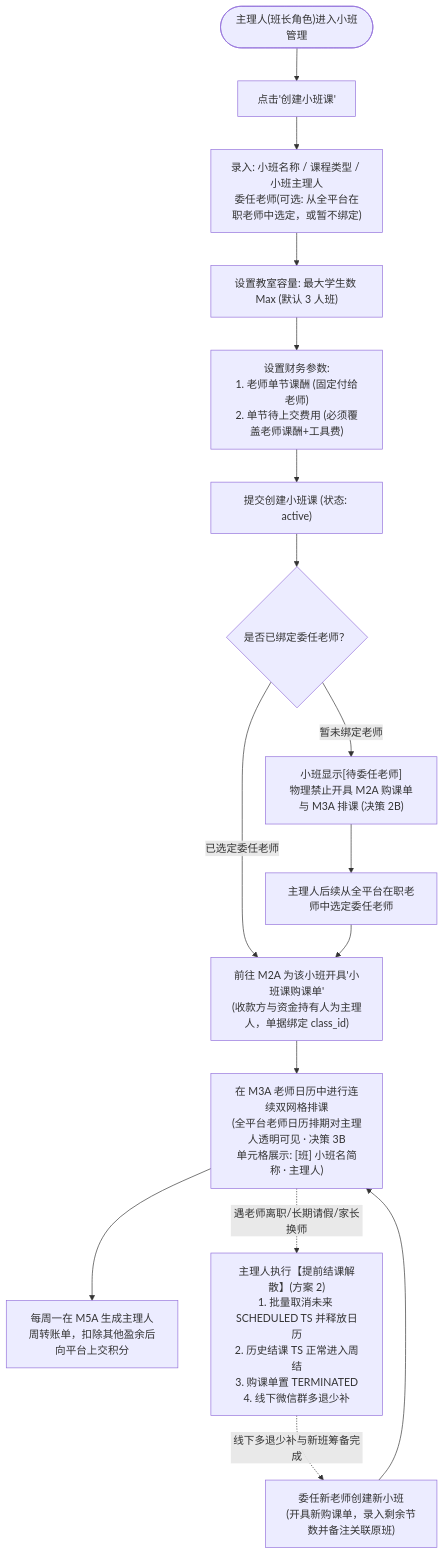
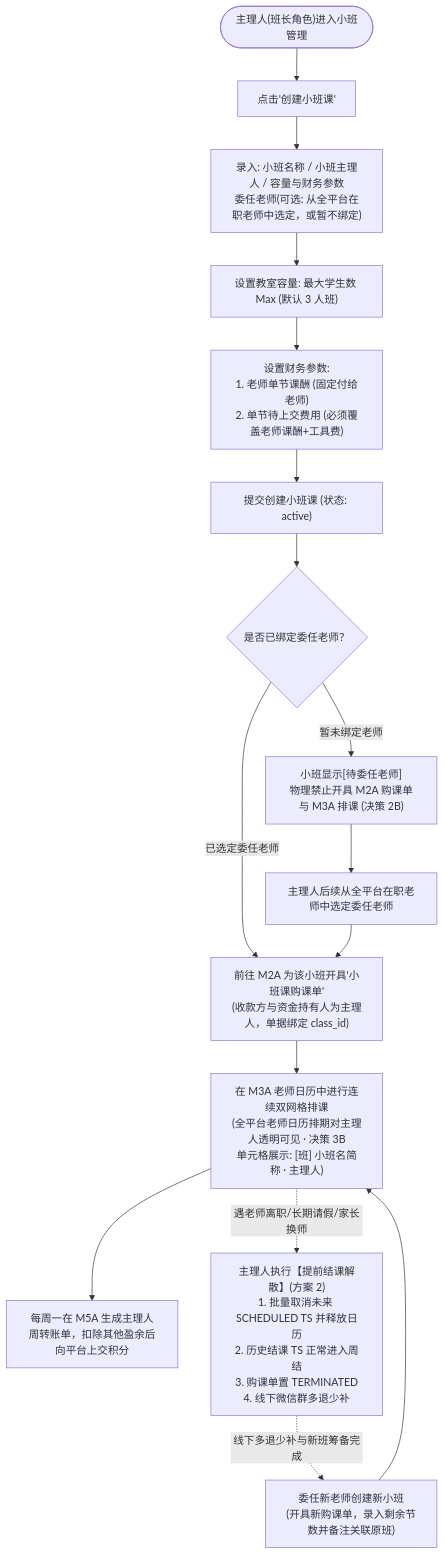
Before and after one commit to Onezao/dream: the first of 2 diagrams in docs/prd/m1c_classes.md, drawn with Mermaid. The commit also changed other lines of this file and 15 other files, not shown here.

````diff
--- a/docs/prd/m1c_classes.md
+++ b/docs/prd/m1c_classes.md
@@ -51,22 +51,22 @@
 ```mermaid
 flowchart TD
     Start(["主理人(班长角色)进入小班管理"]) --> CreateClick["点击'创建小班课'"]
-    CreateClick --> InputConfig["录入: 小班名称 / 课程类型 / 小班主理人\n委任老师(可选: 从全平台在职老师中选定，或暂不绑定)"]
+    CreateClick --> InputConfig["录入: 小班名称 / 小班主理人 / 容量与财务参数\n委任老师(可选: 从全平台在职老师中选定，或暂不绑定)"]
     InputConfig --> SetCapacity["设置教室容量: 最大学生数 Max (默认 3 人班)"]
     SetCapacity --> SetFinance["设置财务参数:\n1. 老师单节课酬 (固定付给老师)\n2. 单节待上交费用 (必须覆盖老师课酬+工具费)"]
     
     SetFinance --> SubmitClass["提交创建小班课 (状态: active)"]
     SubmitClass --> CheckTeacherBound{"是否已绑定委任老师？"}
     
     CheckTeacherBound -- "暂未绑定老师" --> BlockOrderAndSched["小班显示[待委任老师]\n物理禁止开具 M2A 购课单与 M3A 排课 (决策 2B)"]
     BlockOrderAndSched --> AppointLater["主理人后续从全平台在职老师中选定委任老师"]
     
     CheckTeacherBound -- "已选定委任老师" --> PurchaseOrder["前往 M2A 为该小班开具'小班课购课单'\n(收款方与资金持有人为主理人，单据绑定 class_id)"]
     AppointLater --> PurchaseOrder
     PurchaseOrder --> ScheduleCalendar["在 M3A 老师日历中进行连续双网格排课\n(全平台老师日历排期对主理人透明可见 · 决策 3B\n单元格展示: [班] 小班名简称 · 主理人)"]
     ScheduleCalendar --> WeeklySettlement["每周一在 M5A 生成主理人周转账单，扣除其他盈余后向平台上交积分"]
     
     ScheduleCalendar -. "遇老师离职/长期请假/家长换师" .-> EarlyTerm["主理人执行【提前结课解散】(方案 2)\n1. 批量取消未来 SCHEDULED TS 并释放日历\n2. 历史结课 TS 正常进入周结\n3. 购课单置 TERMINATED\n4. 线下微信群多退少补"]
     EarlyTerm -. "线下多退少补与新班筹备完成" .-> CreateNewClass["委任新老师创建新小班\n(开具新购课单，录入剩余节数并备注关联原班)"]
     CreateNewClass --> ScheduleCalendar
 ```
````
